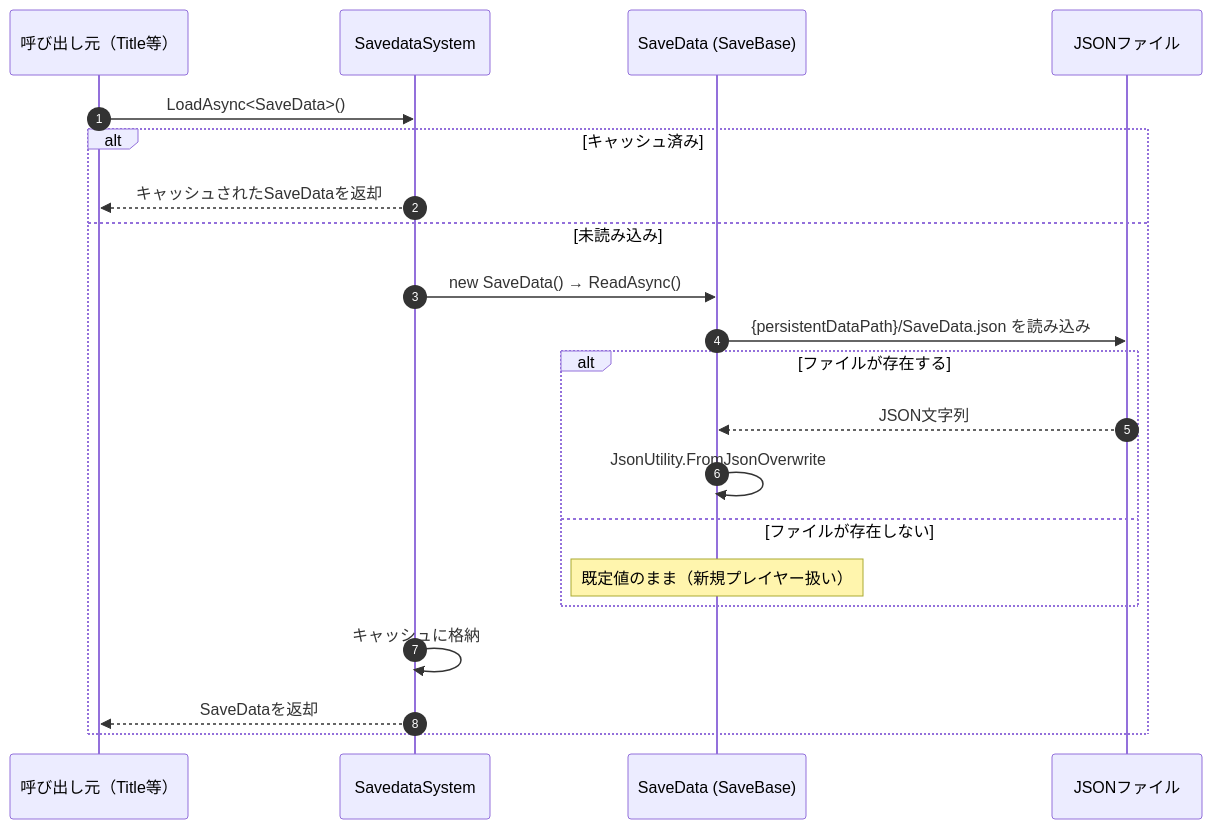
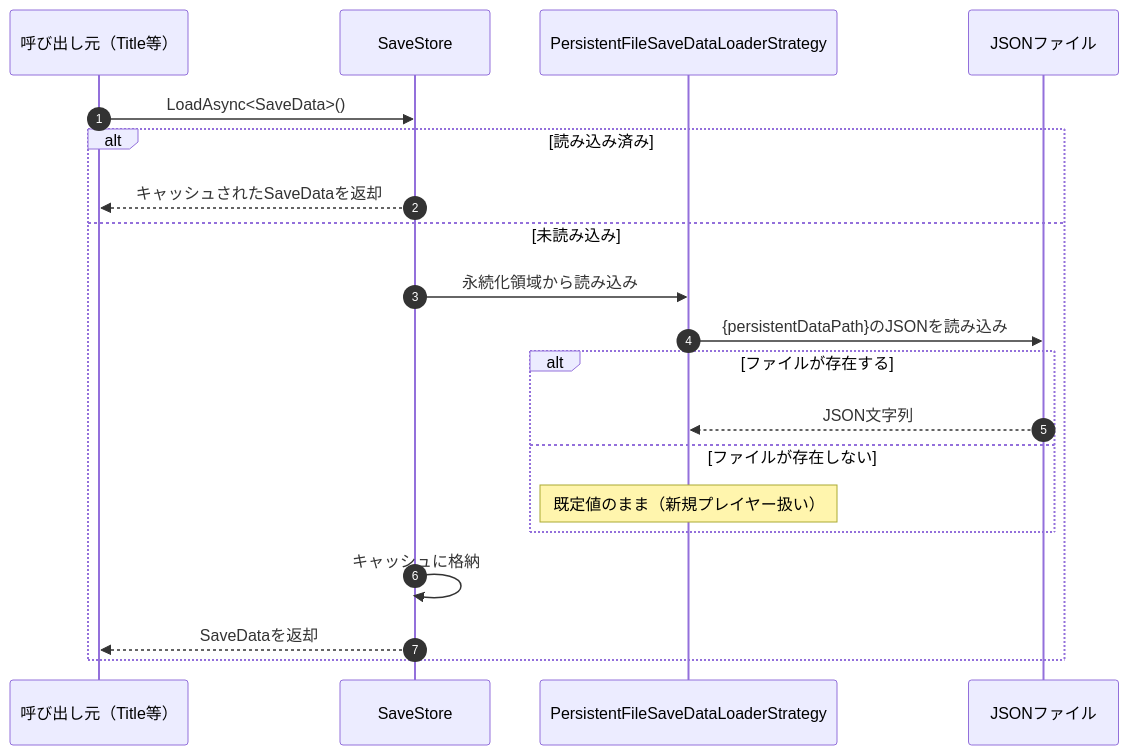
One commit to HIBIKI5201/SymphonyKillChord changed the second of 3 diagrams in Assets/Docs/ScriptsDocs/Modules/NotionModuleDocs/Savedata.md. Above: the diagram before and after it, drawn with Mermaid. The commit also changed other lines of this file and 17 other files, not shown here.

````diff
--- a/Assets/Docs/ScriptsDocs/Modules/NotionModuleDocs/Savedata.md
+++ b/Assets/Docs/ScriptsDocs/Modules/NotionModuleDocs/Savedata.md
@@ -129,24 +130,23 @@
 ```mermaid
 sequenceDiagram
     autonumber
     participant Caller as 呼び出し元（Title等）
-    participant System as SavedataSystem
-    participant Data as SaveData (SaveBase)
+    participant Store as SaveStore
+    participant Loader as PersistentFileSaveDataLoaderStrategy
     participant File as JSONファイル
 
-    Caller ->> System: LoadAsync<SaveData>()
-    alt キャッシュ済み
-        System -->> Caller: キャッシュされたSaveDataを返却
+    Caller ->> Store: LoadAsync<SaveData>()
+    alt 読み込み済み
+        Store -->> Caller: キャッシュされたSaveDataを返却
     else 未読み込み
-        System ->> Data: new SaveData() → ReadAsync()
-        Data ->> File: {persistentDataPath}/SaveData.json を読み込み
+        Store ->> Loader: 永続化領域から読み込み
+        Loader ->> File: {persistentDataPath}のJSONを読み込み
         alt ファイルが存在する
-            File -->> Data: JSON文字列
-            Data ->> Data: JsonUtility.FromJsonOverwrite
+            File -->> Loader: JSON文字列
         else ファイルが存在しない
-            Note over Data: 既定値のまま（新規プレイヤー扱い）
+            Note over Loader: 既定値のまま（新規プレイヤー扱い）
         end
-        System ->> System: キャッシュに格納
-        System -->> Caller: SaveDataを返却
+        Store ->> Store: キャッシュに格納
+        Store -->> Caller: SaveDataを返却
     end
 ```
````
